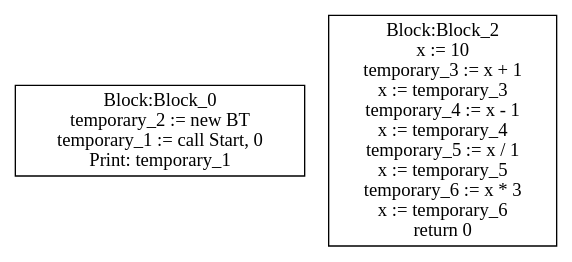
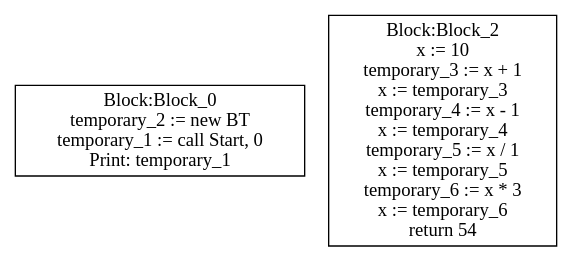
One commit to moondog-matthew/compiler-dv1655 changed the diagram in lab3/CFG-tree.dot. Above: the diagram before and after it, drawn with Graphviz. The commit also changed 4 other files, not shown here.

```diff
--- a/lab3/CFG-tree.dot
+++ b/lab3/CFG-tree.dot
@@ -1,19 +1,19 @@
 digraph {
 graph [ splines = ortho ]
 	node [ shape = box ];
 Block_0 [label="Block:Block_0
 temporary_2 := new BT
 temporary_1 := call Start, 0
 Print: temporary_1"];
 Block_2 [label="Block:Block_2
 x := 10
 temporary_3 := x + 1
 x := temporary_3
 temporary_4 := x - 1
 x := temporary_4
 temporary_5 := x / 1
 x := temporary_5
 temporary_6 := x * 3
 x := temporary_6
-return 0"];
+return 54"];
 }
```
